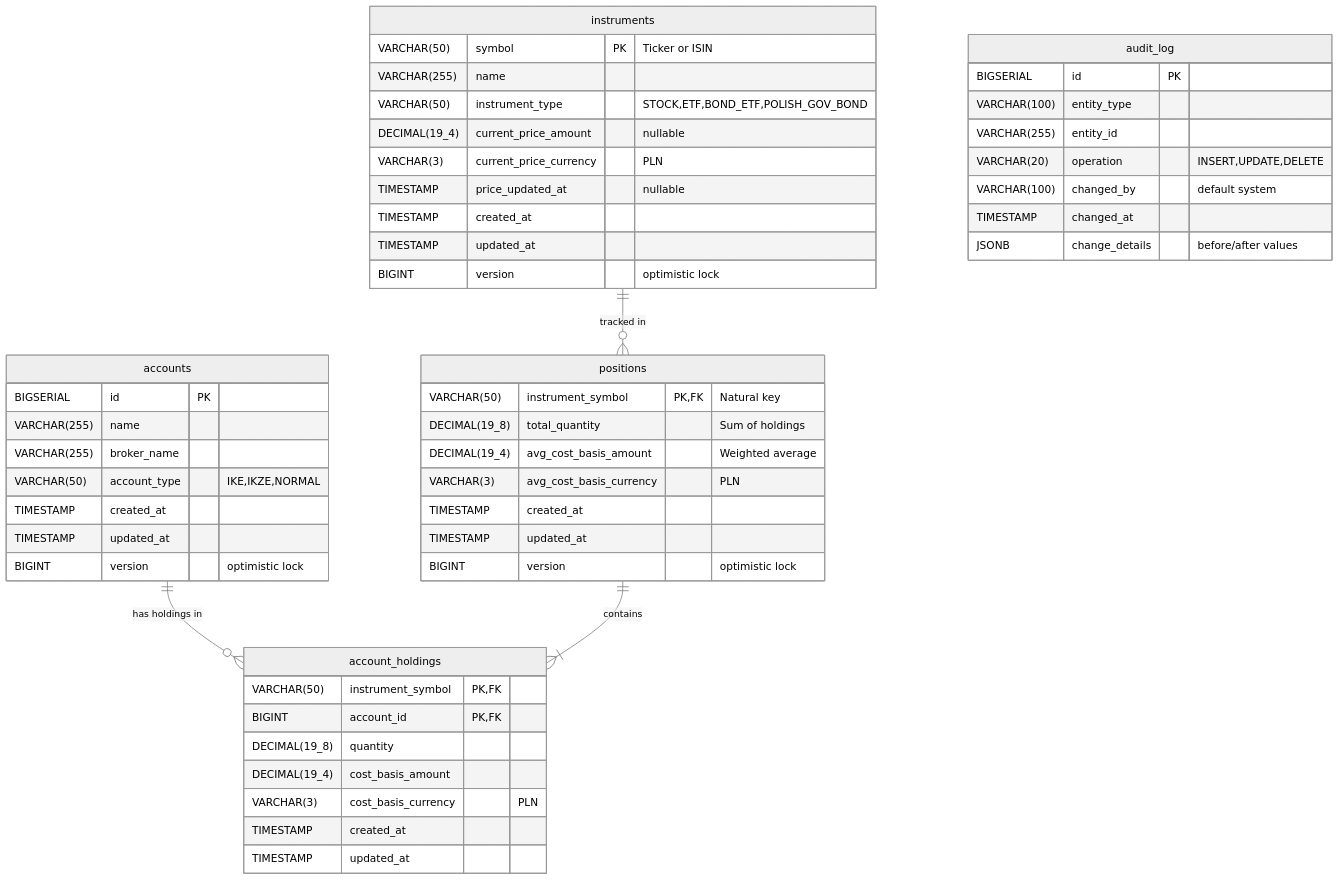
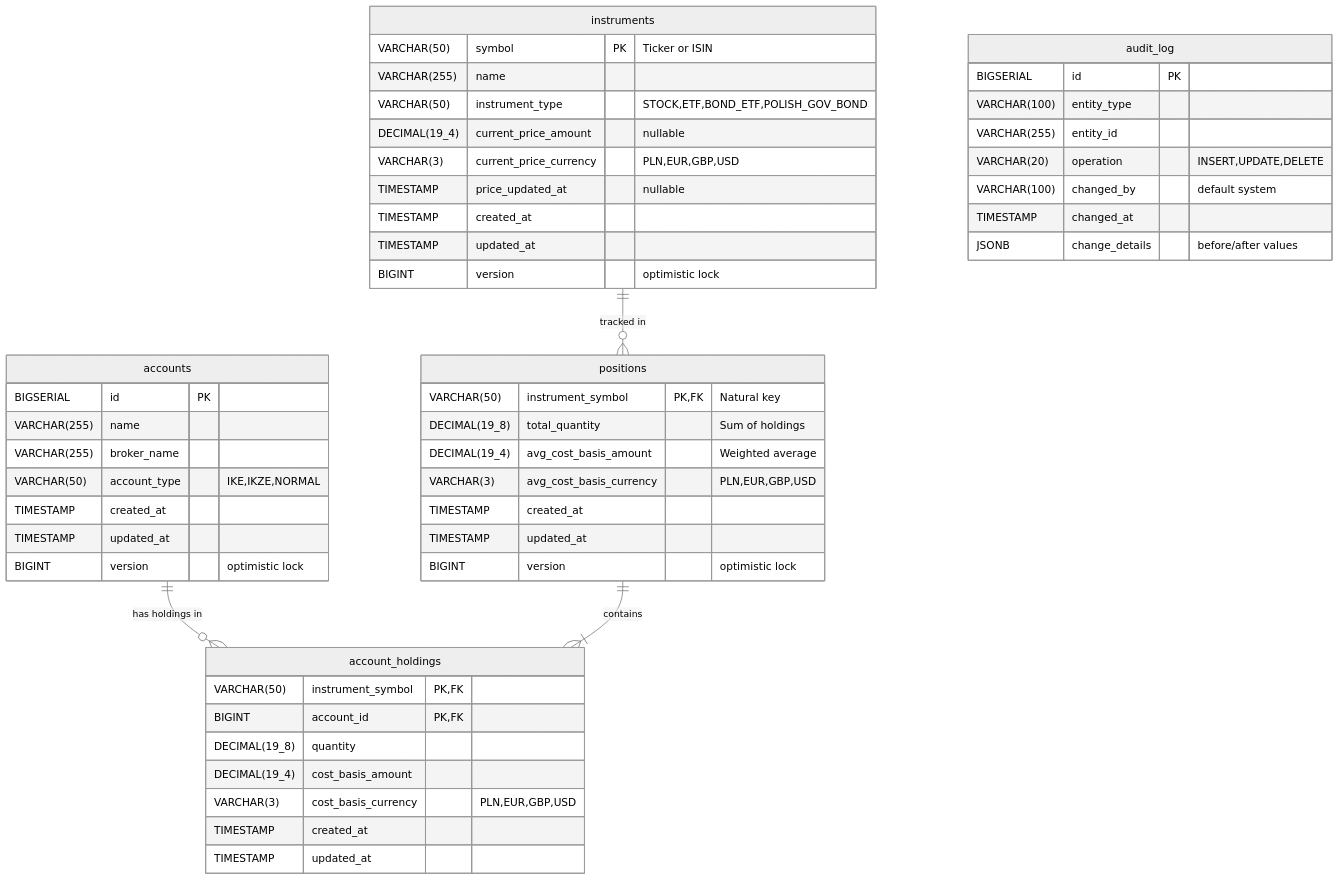
One commit to rzodkiewiczmichal/investments-tracker changed the diagram in docs/diagrams/database-schema.md. Above: the diagram before and after it, drawn with Mermaid (neutral theme). The commit also changed 24 other files, not shown here.

First line of the commit message:
feat: Add multi-currency support with PLN conversion at query time

````diff
--- a/docs/diagrams/database-schema.md
+++ b/docs/diagrams/database-schema.md
@@ -5,58 +5,58 @@
 ```mermaid
 erDiagram
     accounts ||--o{ account_holdings : "has holdings in"
     instruments ||--o{ positions : "tracked in"
     positions ||--|{ account_holdings : "contains"
 
     accounts {
         BIGSERIAL id PK
         VARCHAR(255) name
         VARCHAR(255) broker_name
         VARCHAR(50) account_type "IKE,IKZE,NORMAL"
         TIMESTAMP created_at
         TIMESTAMP updated_at
         BIGINT version "optimistic lock"
     }
 
     instruments {
         VARCHAR(50) symbol PK "Ticker or ISIN"
         VARCHAR(255) name
         VARCHAR(50) instrument_type "STOCK,ETF,BOND_ETF,POLISH_GOV_BOND"
         DECIMAL(19_4) current_price_amount "nullable"
-        VARCHAR(3) current_price_currency "PLN"
+        VARCHAR(3) current_price_currency "PLN,EUR,GBP,USD"
         TIMESTAMP price_updated_at "nullable"
         TIMESTAMP created_at
         TIMESTAMP updated_at
         BIGINT version "optimistic lock"
     }
 
     positions {
         VARCHAR(50) instrument_symbol PK,FK "Natural key"
         DECIMAL(19_8) total_quantity "Sum of holdings"
         DECIMAL(19_4) avg_cost_basis_amount "Weighted average"
-        VARCHAR(3) avg_cost_basis_currency "PLN"
+        VARCHAR(3) avg_cost_basis_currency "PLN,EUR,GBP,USD"
         TIMESTAMP created_at
         TIMESTAMP updated_at
         BIGINT version "optimistic lock"
     }
 
     account_holdings {
         VARCHAR(50) instrument_symbol PK,FK
         BIGINT account_id PK,FK
         DECIMAL(19_8) quantity
         DECIMAL(19_4) cost_basis_amount
-        VARCHAR(3) cost_basis_currency "PLN"
+        VARCHAR(3) cost_basis_currency "PLN,EUR,GBP,USD"
         TIMESTAMP created_at
         TIMESTAMP updated_at
     }
 
     audit_log {
         BIGSERIAL id PK
         VARCHAR(100) entity_type
         VARCHAR(255) entity_id
         VARCHAR(20) operation "INSERT,UPDATE,DELETE"
         VARCHAR(100) changed_by "default system"
         TIMESTAMP changed_at
         JSONB change_details "before/after values"
     }
 ```
````
